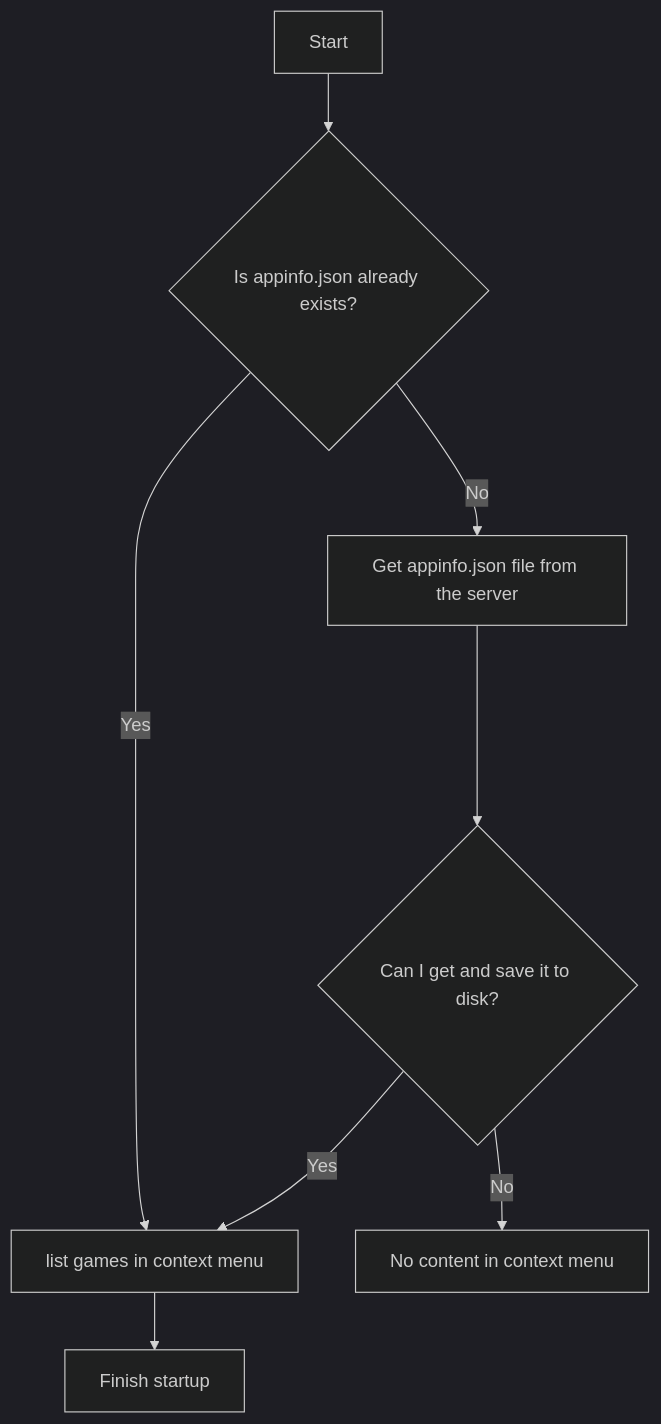
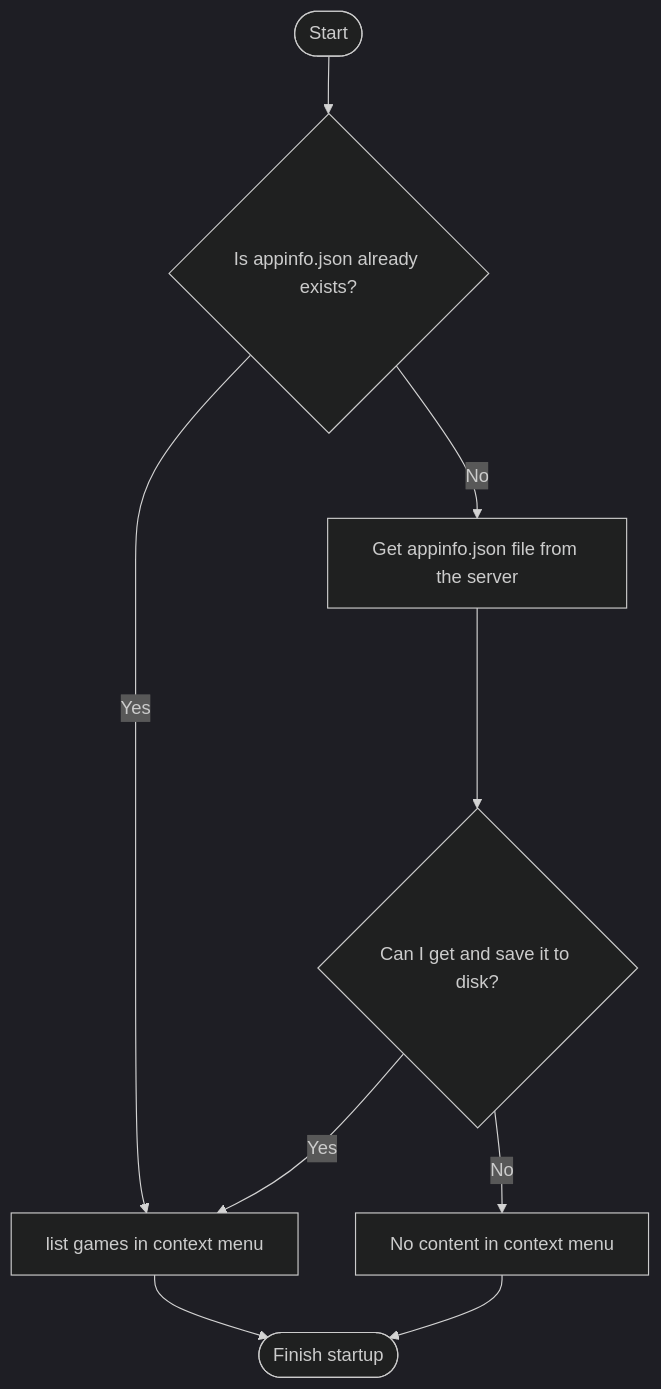
Before and after one commit to anon5r/KsGameLauncher: the first of 3 diagrams in README.md, drawn with Mermaid (dark theme). The commit also changed other lines of this file and 1 other file, not shown here.

````diff
--- a/README.md
+++ b/README.md
@@ -27,10 +98,11 @@
 ```mermaid
   flowchart TD;
-      A[Start] --> B{Is appinfo.json already exists?};
+      A([Start]) --> B{Is appinfo.json already exists?};
       B -- Yes --> E;
       B -- No  --> C[Get appinfo.json file from the server];
       C ----> D{Can I get and save it to disk?};
       D -- Yes --> E[list games in context menu];
       D -- No  --> F[No content in context menu];
-      E --> G[Finish startup];
+      E --> G([Finish startup]);
+      F --> G([Finish startup]);
 ```
````
